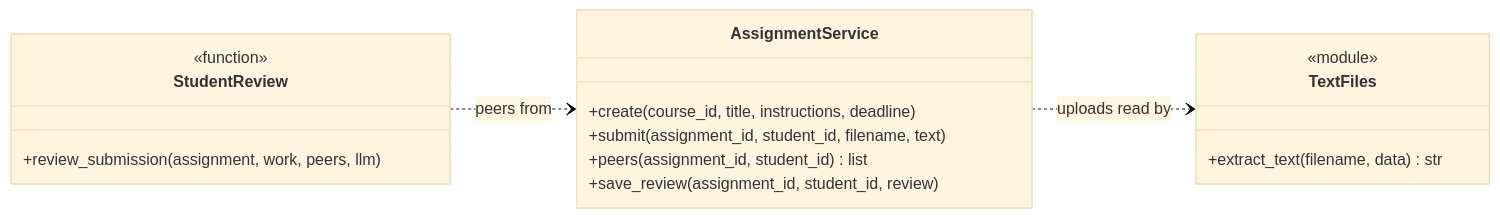
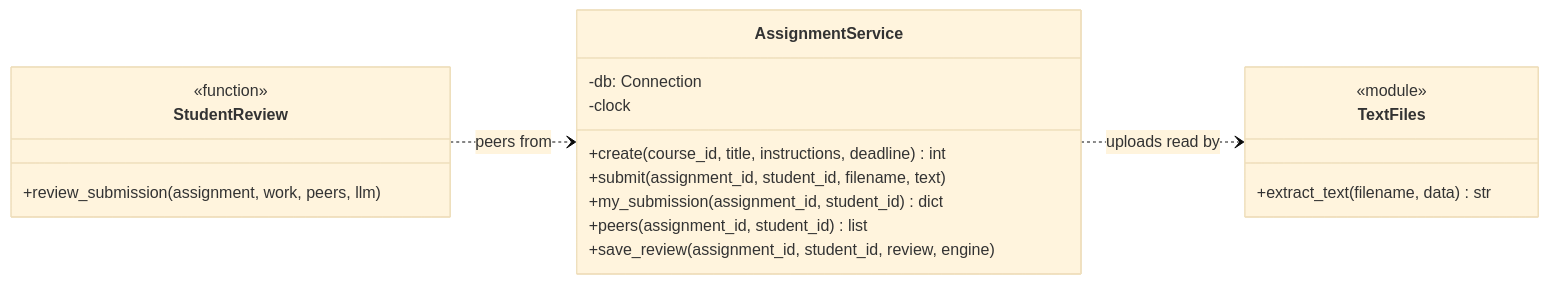
Before and after one commit to shiral2571-alt/SoftwareEngineering_Ex2: the seventh of 11 diagrams in docs/DIAGRAMS.md, drawn with Mermaid (base theme). The commit also changed other lines of this file and 3 other files, not shown here.

````diff
--- a/docs/DIAGRAMS.md
+++ b/docs/DIAGRAMS.md
@@ -142,20 +201,23 @@
 ```mermaid
 classDiagram
     direction LR
     class AssignmentService {
-        +create(course_id, title, instructions, deadline)
+        -db: Connection
+        -clock
+        +create(course_id, title, instructions, deadline) int
         +submit(assignment_id, student_id, filename, text)
+        +my_submission(assignment_id, student_id) dict
         +peers(assignment_id, student_id) list
-        +save_review(assignment_id, student_id, review)
+        +save_review(assignment_id, student_id, review, engine)
     }
     class TextFiles {
         <<module>>
         +extract_text(filename, data) str
     }
     class StudentReview {
         <<function>>
         +review_submission(assignment, work, peers, llm)
     }
     AssignmentService ..> TextFiles : uploads read by
     StudentReview ..> AssignmentService : peers from
 ```
````
